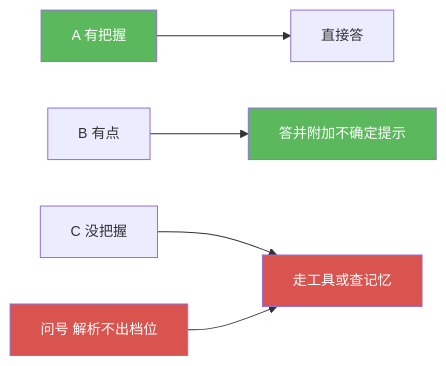
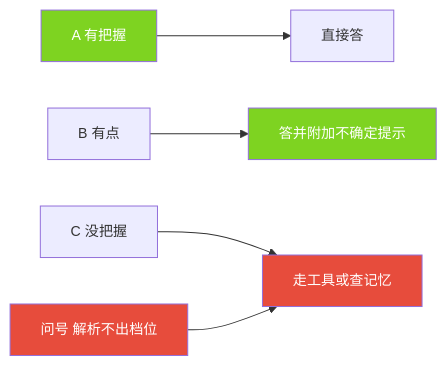
One commit to jiangchuangege/xiaojiao-harnees changed the second of 4 diagrams in docs/modules/08-metacognition.md. Above: the diagram before and after it, drawn with Mermaid. The commit also changed other lines of this file and 32 other files, not shown here.

Commit message:
统一：全仓原理图配色到一套调色板 + 给 12 张灰图补色 + 修正自己会睡那张过期图

````diff
--- a/docs/modules/08-metacognition.md
+++ b/docs/modules/08-metacognition.md
@@ -99,13 +99,13 @@
 ```mermaid
 %%{init: {"themeVariables": {"fontSize": "14px"}, "flowchart": {"htmlLabels": true, "wrappingWidth": 320, "nodeSpacing": 46, "rankSpacing": 60, "useMaxWidth": true}}}%%
 flowchart LR
     A["A 有把握"] --> D["直接答"]
     B["B 有点"] --> C1["答并附加不确定提示"]
     C["C 没把握"] --> T["走工具或查记忆"]
     U["问号 解析不出档位"] --> T
 
-    style A fill:#5cb85c,color:#fff
-    style C1 fill:#5cb85c,color:#fff
-    style T fill:#d9534f,color:#fff
-    style U fill:#d9534f,color:#fff
+    style A fill:#7ED321,color:#fff
+    style C1 fill:#7ED321,color:#fff
+    style T fill:#E74C3C,color:#fff
+    style U fill:#E74C3C,color:#fff
 ```
````
